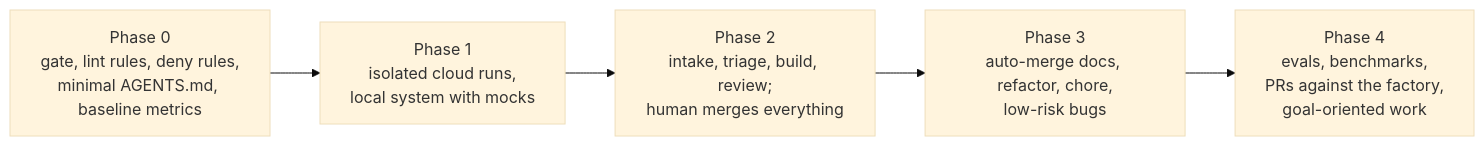
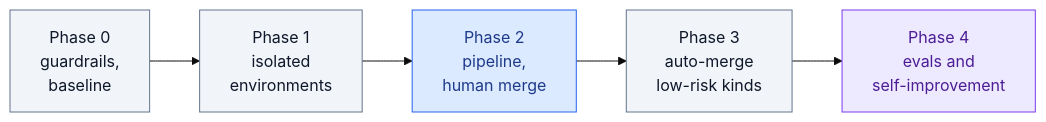
The diagram in docs/09-adoption/README.md (icelink-ai/software-factory-manifesto), drawn with Mermaid (base theme) before and after one commit. The commit also changed other lines of this file and 73 other files, not shown here.

````diff
--- a/docs/09-adoption/README.md
+++ b/docs/09-adoption/README.md
@@ -33,7 +44,12 @@
 ```mermaid
 flowchart LR
-    P0["Phase 0<br/>gate, lint rules, deny rules,<br/>minimal AGENTS.md, baseline metrics"] --> P1["Phase 1<br/>isolated cloud runs,<br/>local system with mocks"]
-    P1 --> P2["Phase 2<br/>intake, triage, build, review;<br/>human merges everything"]
-    P2 --> P3["Phase 3<br/>auto-merge docs, refactor, chore,<br/>low-risk bugs"]
-    P3 --> P4["Phase 4<br/>evals, benchmarks,<br/>PRs against the factory,<br/>goal-oriented work"]
+    P0["Phase 0<br/>guardrails,<br/>baseline"]:::script --> P1["Phase 1<br/>isolated<br/>environments"]:::script
+    P1 --> P2["Phase 2<br/>pipeline,<br/>human merge"]:::person
+    P2 --> P3["Phase 3<br/>auto-merge<br/>low-risk kinds"]:::script
+    P3 --> P4["Phase 4<br/>evals and<br/>self-improvement"]:::agent
+    classDef person fill:#dbeafe,stroke:#2563eb,color:#1e3a8a
+    classDef script fill:#f1f5f9,stroke:#64748b,color:#0f172a
+    classDef agent fill:#ede9fe,stroke:#7c3aed,color:#4c1d95
+    classDef state fill:#dcfce7,stroke:#16a34a,color:#14532d
+    classDef stop fill:#ffedd5,stroke:#ea580c,color:#7c2d12
 ```
````
